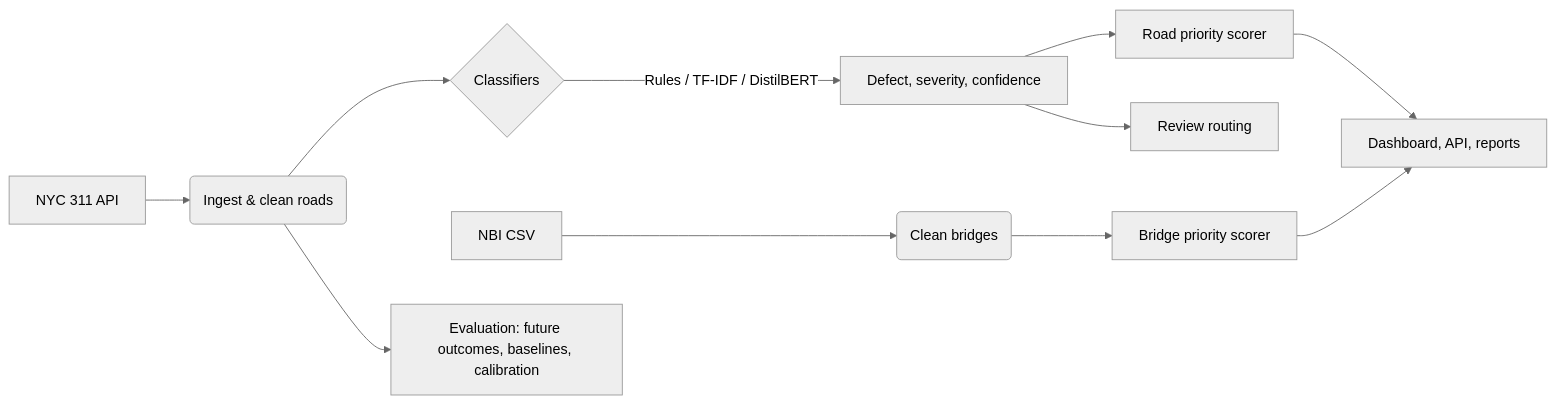
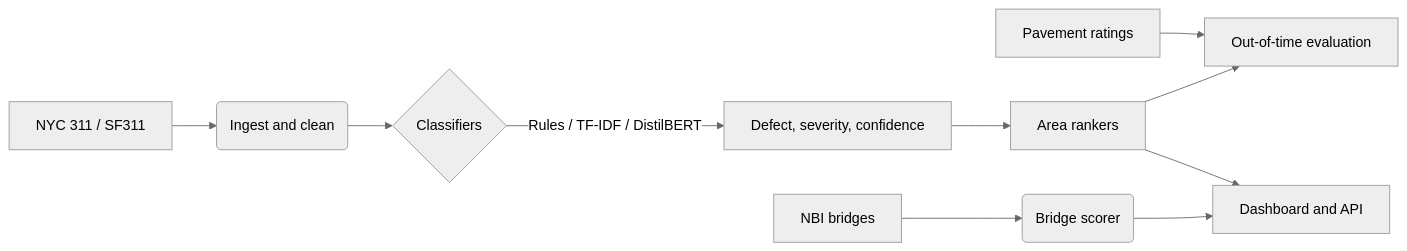
Before and after one commit to raruhan6-ops/CiviNLP-Triage: the diagram in README.md, drawn with Mermaid (neutral theme). The commit also changed other lines of this file and 5 other files, not shown here.

````diff
--- a/README.md
+++ b/README.md
@@ -43,13 +72,11 @@
 ```mermaid
 graph LR
-    A[NYC 311 API] --> B(Ingest & clean roads)
-    N[NBI CSV] --> M(Clean bridges)
+    A[NYC 311 / SF311] --> B(Ingest and clean)
+    P[Pavement ratings] --> E
     B --> C{Classifiers}
     C -->|Rules / TF-IDF / DistilBERT| D[Defect, severity, confidence]
-    D --> E[Road priority scorer]
-    D --> R[Review routing]
-    M --> S[Bridge priority scorer]
-    E --> F[Dashboard, API, reports]
-    S --> F
-    B --> G[Evaluation: future outcomes, baselines, calibration]
+    D --> R[Area rankers]
+    R --> E[Out-of-time evaluation]
+    R --> F[Dashboard and API]
+    N[NBI bridges] --> S(Bridge scorer) --> F
 ```
````
